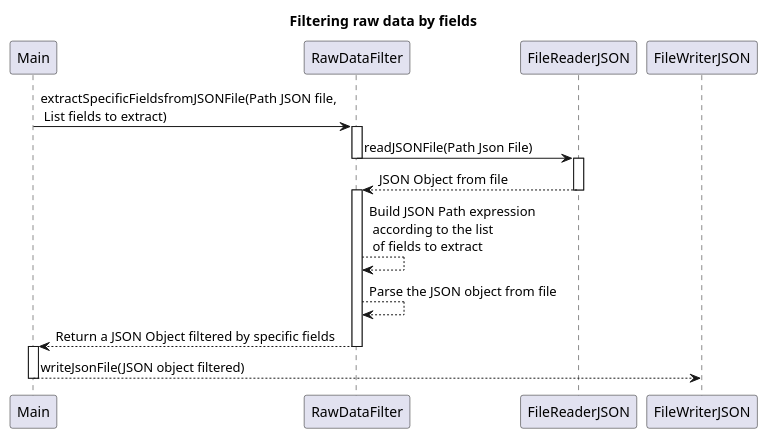
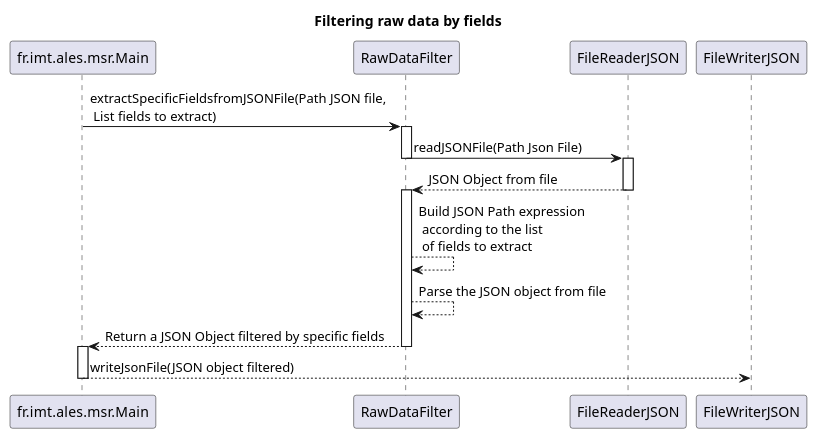
One commit to DedalArmy/MISORTIMA changed the diagram in docs/UML/filtering_phase_SD.puml. Above: the diagram before and after it, drawn with PlantUML. The commit also changed 25 other files, not shown here.

```diff
--- a/docs/UML/filtering_phase_SD.puml
+++ b/docs/UML/filtering_phase_SD.puml
@@ -1,25 +1,25 @@
 @startuml
 title Filtering raw data by fields
 
-participant Main
+participant fr.imt.ales.msr.Main
 participant RawDataFilter
 participant FileReaderJSON
 participant FileWriterJSON
 
-Main -> RawDataFilter : extractSpecificFieldsfromJSONFile(Path JSON file, \n List fields to extract)
+fr.imt.ales.msr.Main -> RawDataFilter : extractSpecificFieldsfromJSONFile(Path JSON file, \n List fields to extract)
 activate RawDataFilter
 RawDataFilter -> FileReaderJSON : readJSONFile(Path Json File)
 deactivate RawDataFilter
 activate FileReaderJSON
 FileReaderJSON --> RawDataFilter : JSON Object from file
 deactivate FileReaderJSON
 activate RawDataFilter
 RawDataFilter --> RawDataFilter :  Build JSON Path expression \n according to the list \n of fields to extract
 RawDataFilter --> RawDataFilter : Parse the JSON object from file
-RawDataFilter --> Main : Return a JSON Object filtered by specific fields
+RawDataFilter --> fr.imt.ales.msr.Main : Return a JSON Object filtered by specific fields
 deactivate RawDataFilter
-activate Main
-Main --> FileWriterJSON : writeJsonFile(JSON object filtered)
-deactivate Main
+activate fr.imt.ales.msr.Main
+fr.imt.ales.msr.Main --> FileWriterJSON : writeJsonFile(JSON object filtered)
+deactivate fr.imt.ales.msr.Main
 
 @enduml
```
